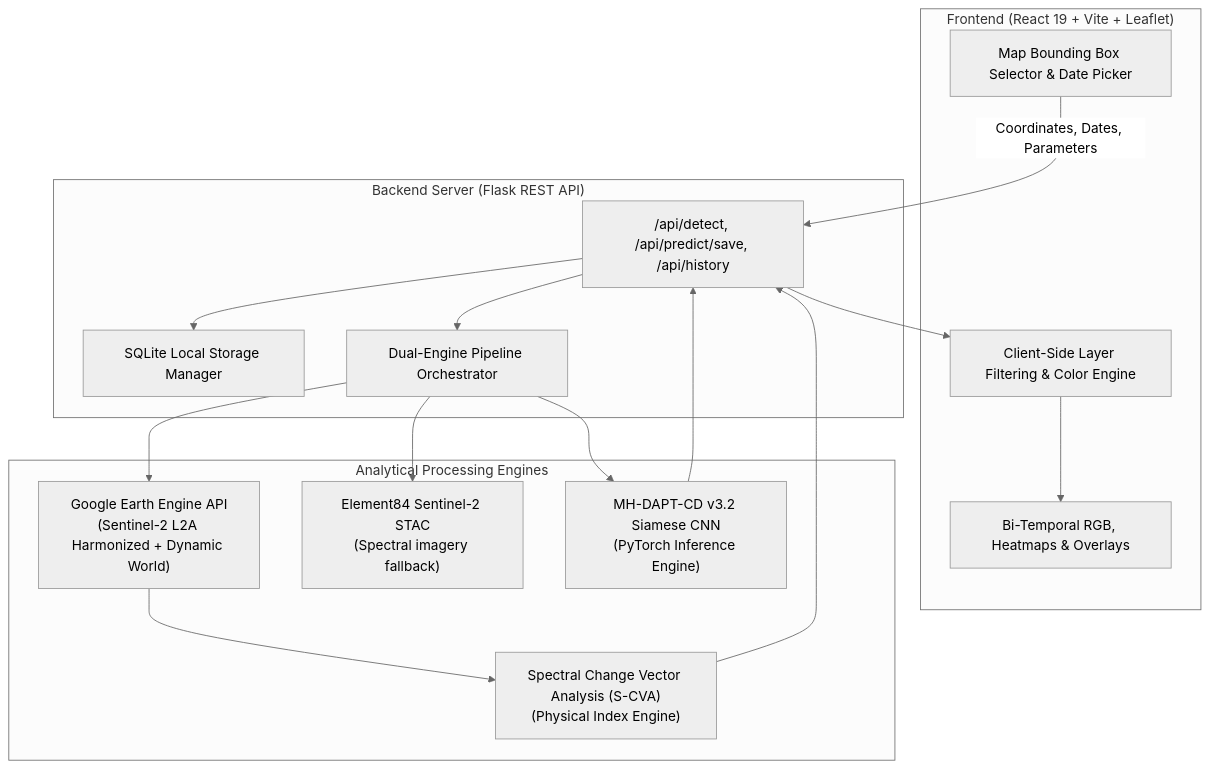
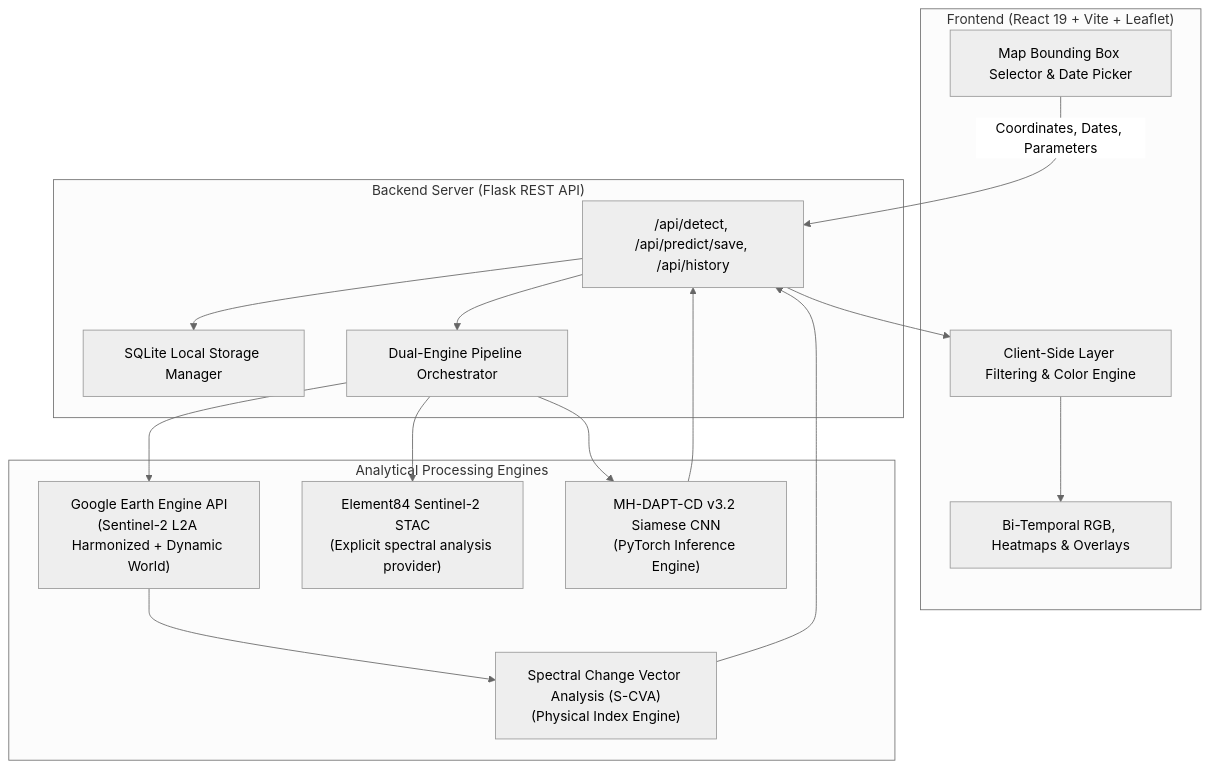
Before and after one commit to Sumit07125/GeoNexus-Satellite-Change-Detection: the diagram in README.md, drawn with Mermaid (neutral theme). The commit also changed other lines of this file and 12 other files, not shown here.

````diff
--- a/README.md
+++ b/README.md
@@ -39,33 +39,33 @@
 ```mermaid
 flowchart TD
     subgraph Client["Frontend (React 19 + Vite + Leaflet)"]
         UI["Map Bounding Box Selector & Date Picker"]
         Filter["Client-Side Layer Filtering & Color Engine"]
         Display["Bi-Temporal RGB, Heatmaps & Overlays"]
     end
 
     subgraph API["Backend Server (Flask REST API)"]
         Router["/api/detect, /api/predict/save, /api/history"]
         Cache["SQLite Local Storage Manager"]
         Orchestrator["Dual-Engine Pipeline Orchestrator"]
     end
 
     subgraph Engines["Analytical Processing Engines"]
         GEE["Google Earth Engine API\n(Sentinel-2 L2A Harmonized + Dynamic World)"]
-        STAC["Element84 Sentinel-2 STAC\n(Spectral imagery fallback)"]
+        STAC["Element84 Sentinel-2 STAC\n(Explicit spectral analysis provider)"]
         DL["MH-DAPT-CD v3.2 Siamese CNN\n(PyTorch Inference Engine)"]
         SCVA["Spectral Change Vector Analysis (S-CVA)\n(Physical Index Engine)"]
     end
 
     UI -->|Coordinates, Dates, Parameters| Router
     Router --> Cache
     Router --> Orchestrator
     Orchestrator --> GEE
     Orchestrator --> STAC
     GEE --> SCVA
     Orchestrator --> DL
     DL --> Router
     SCVA --> Router
     Router --> Filter
     Filter --> Display
 ```
````
